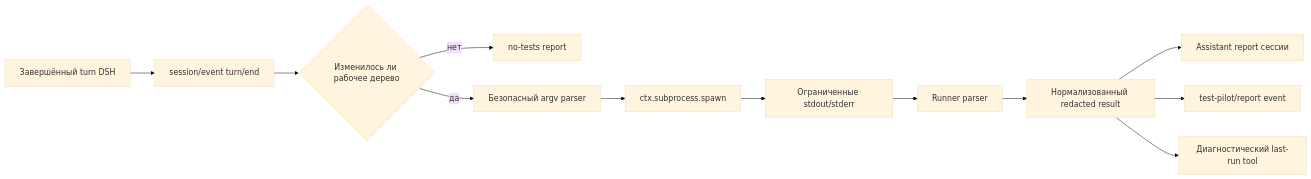
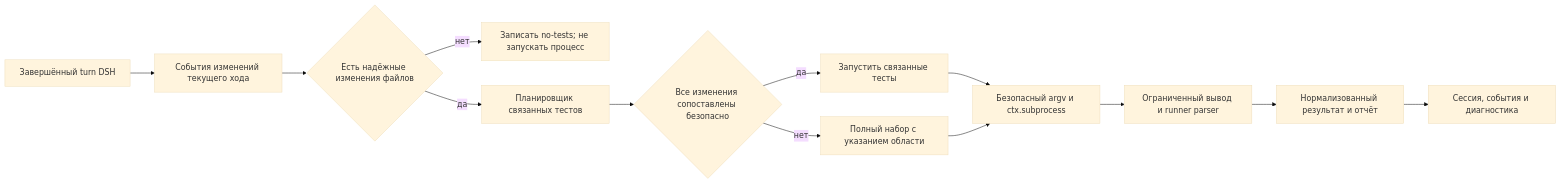
One commit to GooDAnDReaDY/dsh-test-pilot changed the diagram in README.ru.md. Above: the diagram before and after it, drawn with Mermaid (base theme). The commit also changed other lines of this file and 22 other files, not shown here.

First line of the commit message:
feat(test-pilot): target tests for changed files

```diff
--- a/README.ru.md
+++ b/README.ru.md
@@ -52,14 +53,15 @@
 ~~~mermaid
 graph LR
-  A[Завершённый turn DSH] --> B[session/event turn/end]
-  B --> C{Изменилось ли рабочее дерево}
-  C -- нет --> D[no-tests report]
-  C -- да --> E[Безопасный argv parser]
-  E --> F[ctx.subprocess.spawn]
-  F --> G[Ограниченные stdout/stderr]
-  G --> H[Runner parser]
-  H --> I[Нормализованный redacted result]
-  I --> J[Assistant report сессии]
-  I --> K[test-pilot/report event]
-  I --> L[Диагностический last-run tool]
+  A[Завершённый turn DSH] --> B[События изменений текущего хода]
+  B --> C{Есть надёжные изменения файлов}
+  C -- нет --> D[Записать no-tests; не запускать процесс]
+  C -- да --> E[Планировщик связанных тестов]
+  E --> F{Все изменения сопоставлены безопасно}
+  F -- да --> G[Запустить связанные тесты]
+  F -- нет --> H[Полный набор с указанием области]
+  G --> I[Безопасный argv и ctx.subprocess]
+  H --> I
+  I --> J[Ограниченный вывод и runner parser]
+  J --> K[Нормализованный результат и отчёт]
+  K --> L[Сессия, события и диагностика]
 ~~~
```
